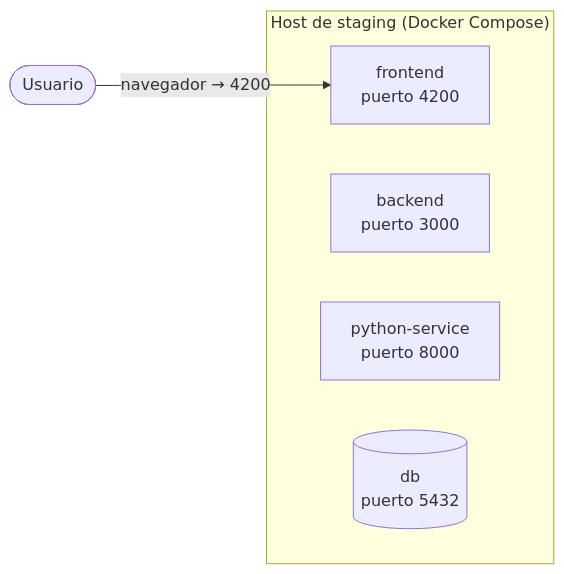
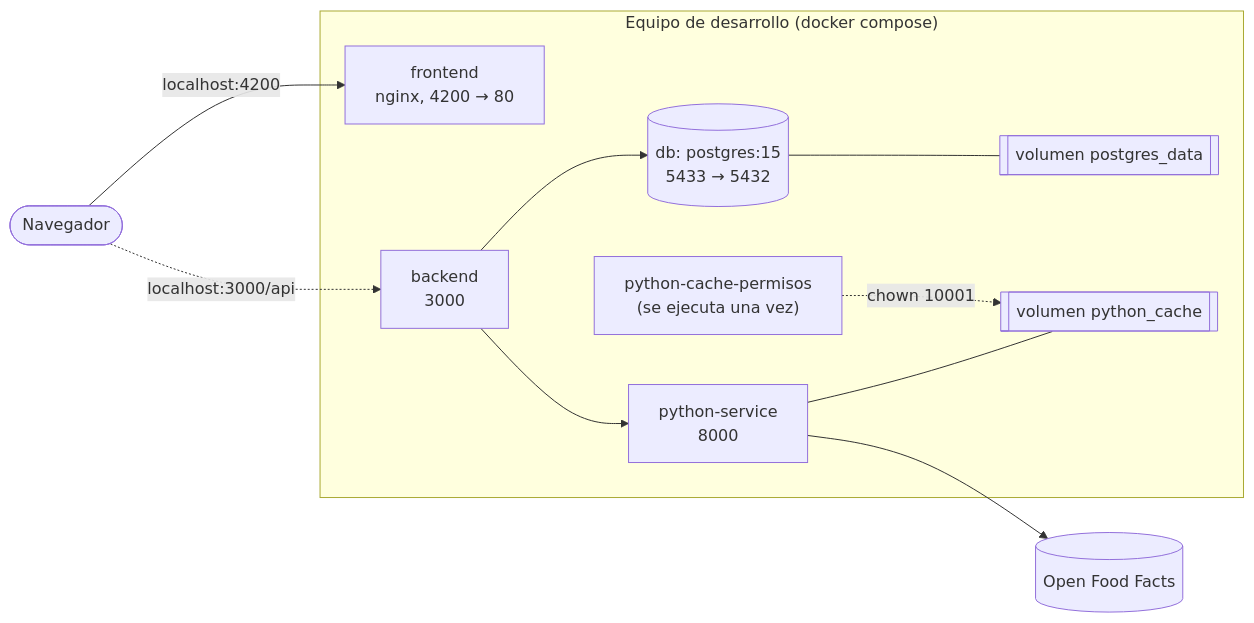
One commit to Nachetao/FoodAware-Project changed the third of 5 diagrams in docs/Arquitectura.md. Above: the diagram before and after it, drawn with Mermaid. The commit also changed other lines of this file and 5 other files, not shown here.

````diff
--- a/docs/Arquitectura.md
+++ b/docs/Arquitectura.md
@@ -26,11 +49,22 @@
 ```mermaid
 flowchart LR
-    subgraph Host["Host de staging (Docker Compose)"]
-        Frontend["frontend\npuerto 4200"]
-        Backend["backend\npuerto 3000"]
-        Python["python-service\npuerto 8000"]
-        DB[("db\npuerto 5432")]
+    Usuario([Navegador]) -->|"localhost:4200"| Frontend
+    Usuario -.->|"localhost:3000/api"| Backend
+    subgraph Host["Equipo de desarrollo (docker compose)"]
+        Frontend["frontend<br/>nginx, 4200 → 80"]
+        Backend["backend<br/>3000"]
+        Python["python-service<br/>8000"]
+        DB[("db: postgres:15<br/>5433 → 5432")]
+        Permisos["python-cache-permisos<br/>(se ejecuta una vez)"]
+        VolDB[["volumen postgres_data"]]
+        VolCache[["volumen python_cache"]]
     end
+    OFF[("Open Food Facts")]
 
-    Usuario([Usuario]) -->|"navegador → 4200"| Frontend
+    Backend --> DB
+    Backend --> Python
+    DB --- VolDB
+    Python --- VolCache
+    Permisos -.->|"chown 10001"| VolCache
+    Python --> OFF
 ```
````
